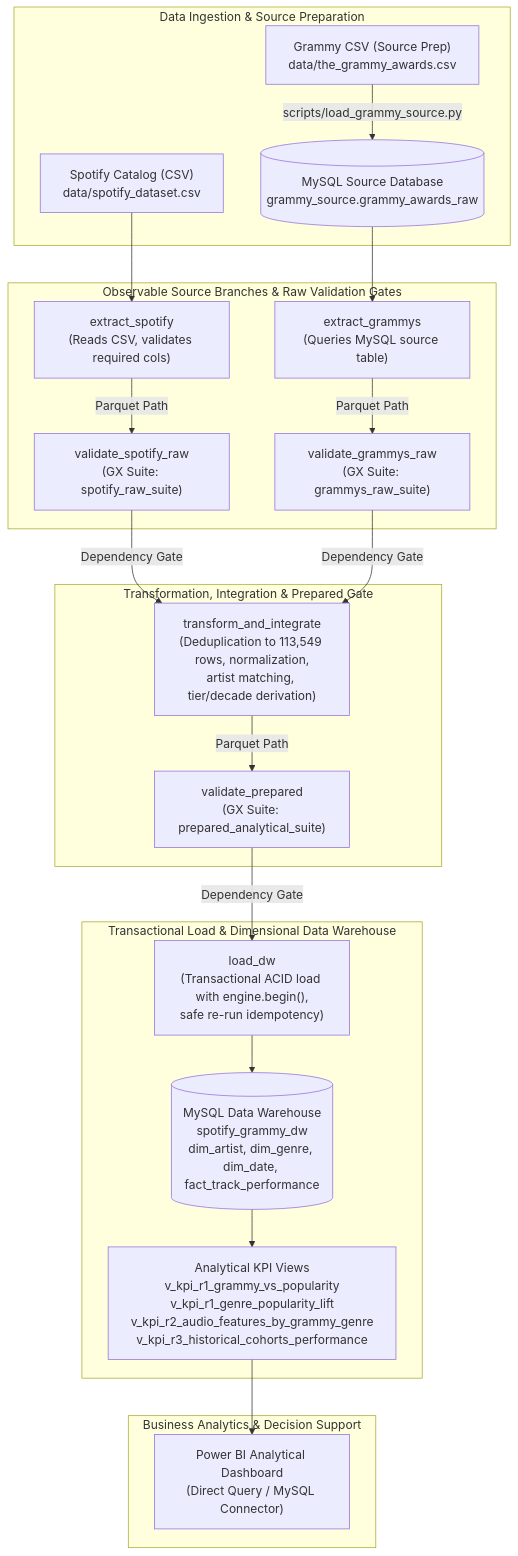
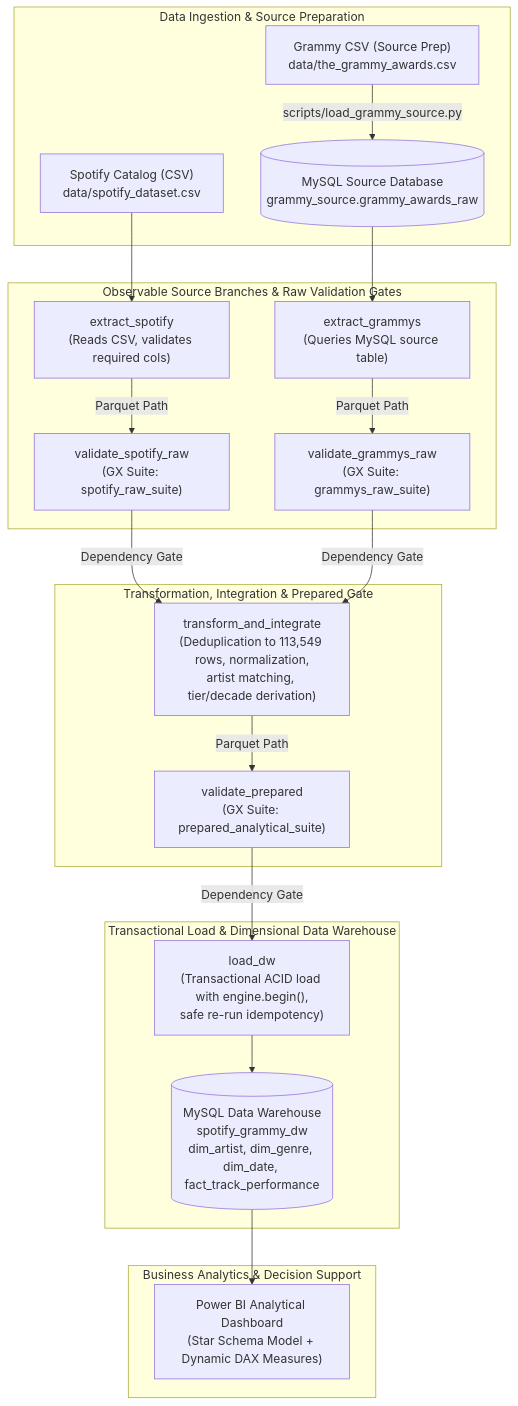
Before and after one commit to Taborda004/Workshop-2: the diagram in docs/architecture.md, drawn with Mermaid. The commit also changed 6 other files, not shown here.

Commit message:
refactor(dw): transition to pure kimball star schema and dynamic dax measures for bi analytics

````diff
--- a/docs/architecture.md
+++ b/docs/architecture.md
@@ -62,46 +62,44 @@
 ```mermaid
 flowchart TD
     subgraph S1["Data Ingestion & Source Preparation"]
         SP_CSV["Spotify Catalog (CSV)<br/>data/spotify_dataset.csv"]
         GR_CSV["Grammy CSV (Source Prep)<br/>data/the_grammy_awards.csv"]
         GR_DB[("MySQL Source Database<br/>grammy_source.grammy_awards_raw")]
         GR_CSV -->|scripts/load_grammy_source.py| GR_DB
     end
 
     subgraph S2["Observable Source Branches & Raw Validation Gates"]
         T_EXT_SP["extract_spotify<br/>(Reads CSV, validates required cols)"]
         T_VAL_SP["validate_spotify_raw<br/>(GX Suite: spotify_raw_suite)"]
         T_EXT_GR["extract_grammys<br/>(Queries MySQL source table)"]
         T_VAL_GR["validate_grammys_raw<br/>(GX Suite: grammys_raw_suite)"]
 
         SP_CSV --> T_EXT_SP
         T_EXT_SP -->|Parquet Path| T_VAL_SP
 
         GR_DB --> T_EXT_GR
         T_EXT_GR -->|Parquet Path| T_VAL_GR
     end
 
     subgraph S3["Transformation, Integration & Prepared Gate"]
         T_TRANS["transform_and_integrate<br/>(Deduplication to 113,549 rows, normalization,<br/>artist matching, tier/decade derivation)"]
         T_VAL_PREP["validate_prepared<br/>(GX Suite: prepared_analytical_suite)"]
 
         T_VAL_SP -->|Dependency Gate| T_TRANS
         T_VAL_GR -->|Dependency Gate| T_TRANS
         T_TRANS -->|Parquet Path| T_VAL_PREP
     end
 
     subgraph S4["Transactional Load & Dimensional Data Warehouse"]
         T_LOAD["load_dw<br/>(Transactional ACID load with engine.begin(),<br/>safe re-run idempotency)"]
         DW[("MySQL Data Warehouse<br/>spotify_grammy_dw<br/>dim_artist, dim_genre, dim_date, fact_track_performance")]
-        VIEWS["Analytical KPI Views<br/>v_kpi_r1_grammy_vs_popularity<br/>v_kpi_r1_genre_popularity_lift<br/>v_kpi_r2_audio_features_by_grammy_genre<br/>v_kpi_r3_historical_cohorts_performance"]
 
         T_VAL_PREP -->|Dependency Gate| T_LOAD
         T_LOAD --> DW
-        DW --> VIEWS
     end
 
     subgraph S5["Business Analytics & Decision Support"]
-        PBI["Power BI Analytical Dashboard<br/>(Direct Query / MySQL Connector)"]
-        VIEWS --> PBI
+        PBI["Power BI Analytical Dashboard<br/>(Star Schema Model + Dynamic DAX Measures)"]
+        DW --> PBI
     end
 ```
````
